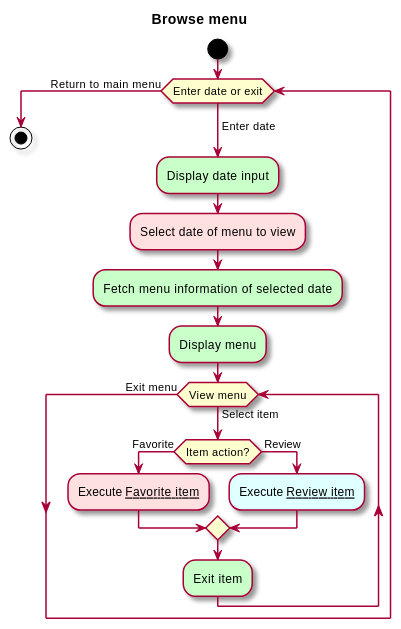
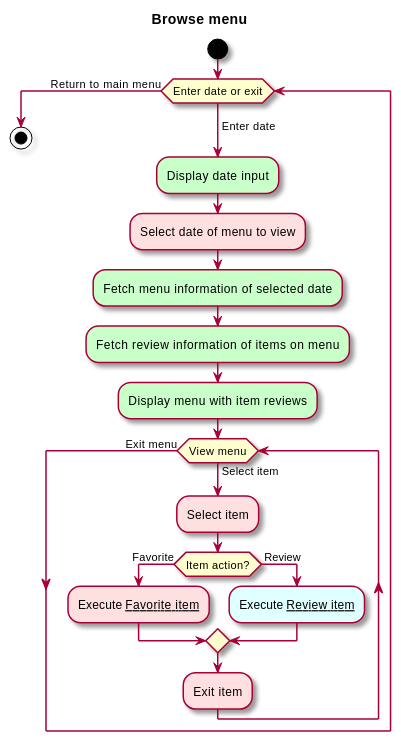
One commit to sashap100/Vassar-Dining-App changed the diagram in intellij/doc/use-cases/browse-menu.md. Above: the diagram before and after it, drawn with PlantUML.

Commit message:
Updated browse menu use case

````diff
--- a/intellij/doc/use-cases/browse-menu.md
+++ b/intellij/doc/use-cases/browse-menu.md
@@ -3,24 +3,26 @@
 ```plantuml
 @startuml
 
 skin rose
 title Browse menu
 
 start
 while (Enter date or exit) is (\nEnter date)
 #technology:Display date input;
 #implementation:Select date of menu to view;
 #technology:Fetch menu information of selected date;
-#technology:Display menu;
+#technology:Fetch review information of items on menu;
+#technology:Display menu with item reviews;
 while (View menu) is (Select item)
-if (Item action?) then (Favorite)
-    #implementation:Execute __Favorite item__;
-else ( Review)
-    #LightCyan:Execute __Review item__;
+#implementation:Select item;
+    if (Item action?) then (Favorite)
+        #implementation:Execute __Favorite item__;
+    else ( Review)
+        #LightCyan:Execute __Review item__;
 endif
-#technology:Exit item;
+#implementation:Exit item;
 endwhile (Exit menu)
 endwhile (Return to main menu)
 stop
 @enduml
 ```
````
